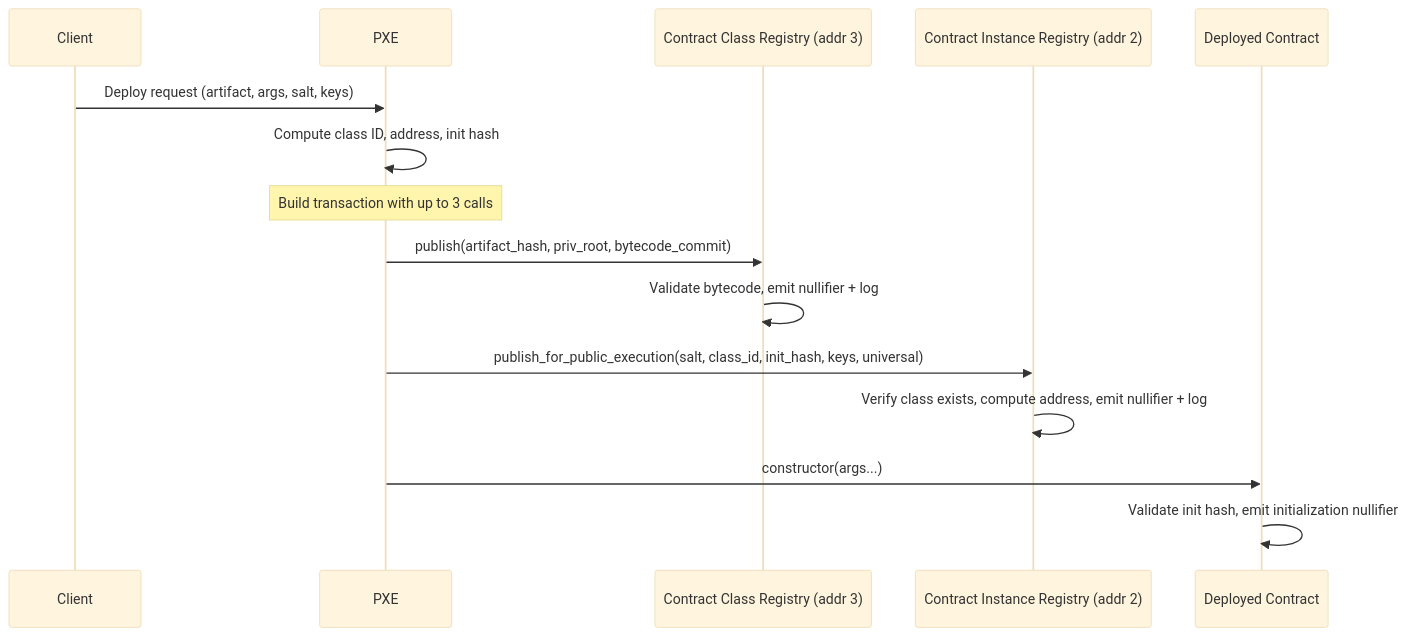
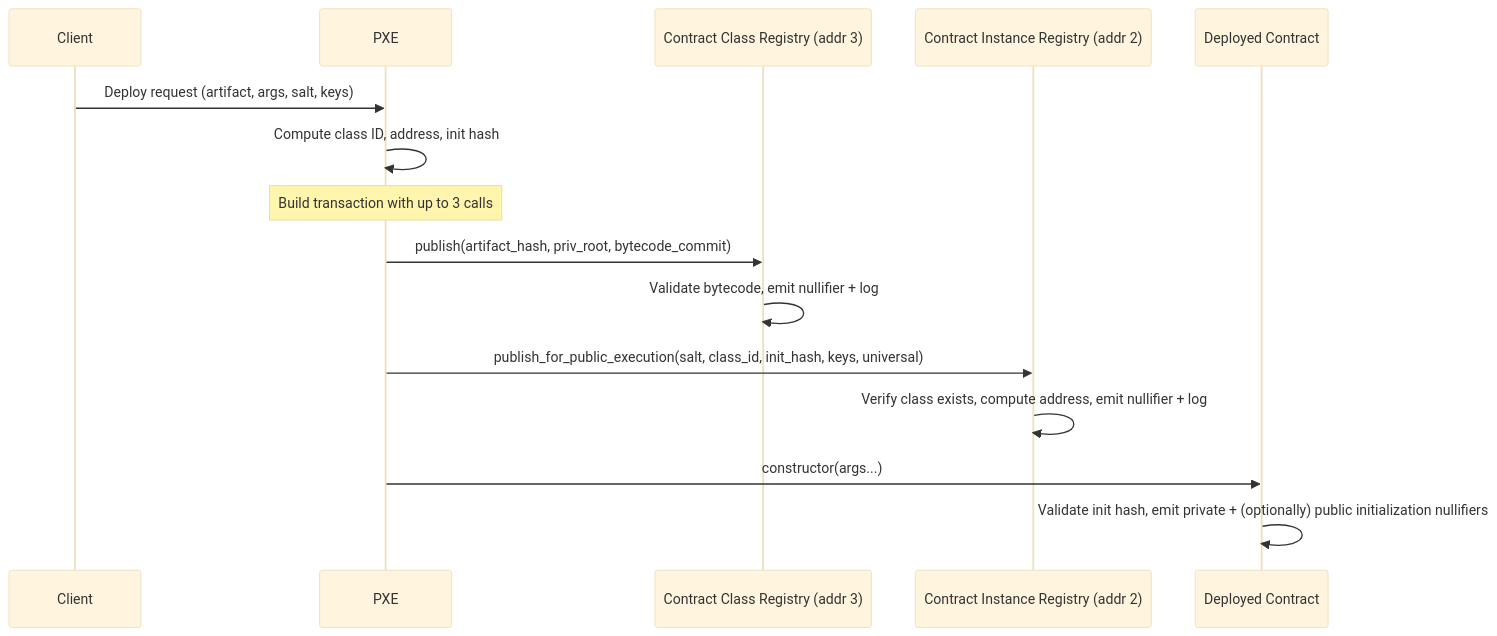
One commit to AztecProtocol/aztec-packages changed the first of 2 diagrams in specs/14-contract-deployment.md. Above: the diagram before and after it, drawn with Mermaid (base theme). The commit also changed other lines of this file, not shown here.

Commit message:
chore: update contract initializers

````diff
--- a/specs/14-contract-deployment.md
+++ b/specs/14-contract-deployment.md
@@ -457,22 +469,22 @@
 ```mermaid
 sequenceDiagram
     participant Client
     participant PXE
     participant ClassRegistry as Contract Class Registry (addr 3)
     participant InstanceRegistry as Contract Instance Registry (addr 2)
     participant Contract as Deployed Contract
 
     Client->>PXE: Deploy request (artifact, args, salt, keys)
     PXE->>PXE: Compute class ID, address, init hash
 
     Note over PXE: Build transaction with up to 3 calls
 
     PXE->>ClassRegistry: publish(artifact_hash, priv_root, bytecode_commit)
     ClassRegistry->>ClassRegistry: Validate bytecode, emit nullifier + log
 
     PXE->>InstanceRegistry: publish_for_public_execution(salt, class_id, init_hash, keys, universal)
     InstanceRegistry->>InstanceRegistry: Verify class exists, compute address, emit nullifier + log
 
     PXE->>Contract: constructor(args...)
-    Contract->>Contract: Validate init hash, emit initialization nullifier
+    Contract->>Contract: Validate init hash, emit private + (optionally) public initialization nullifiers
 ```
````
